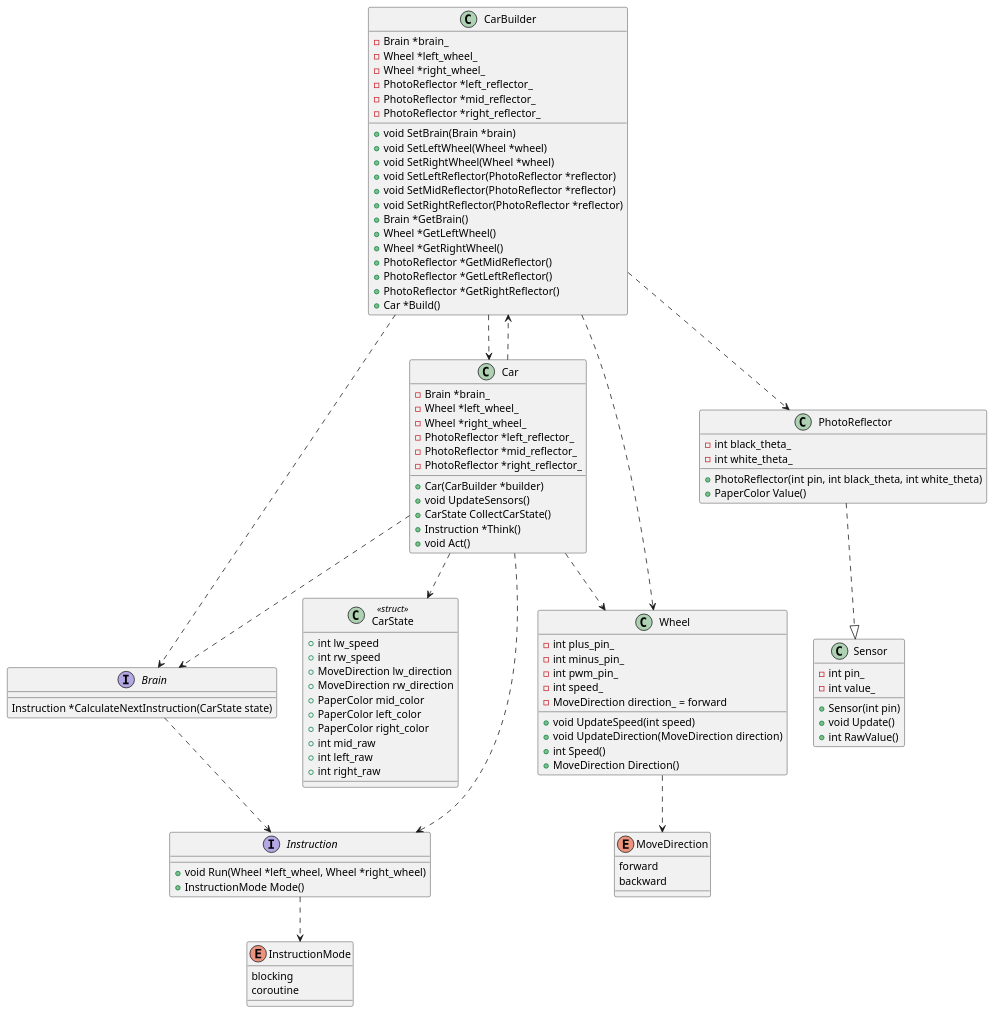
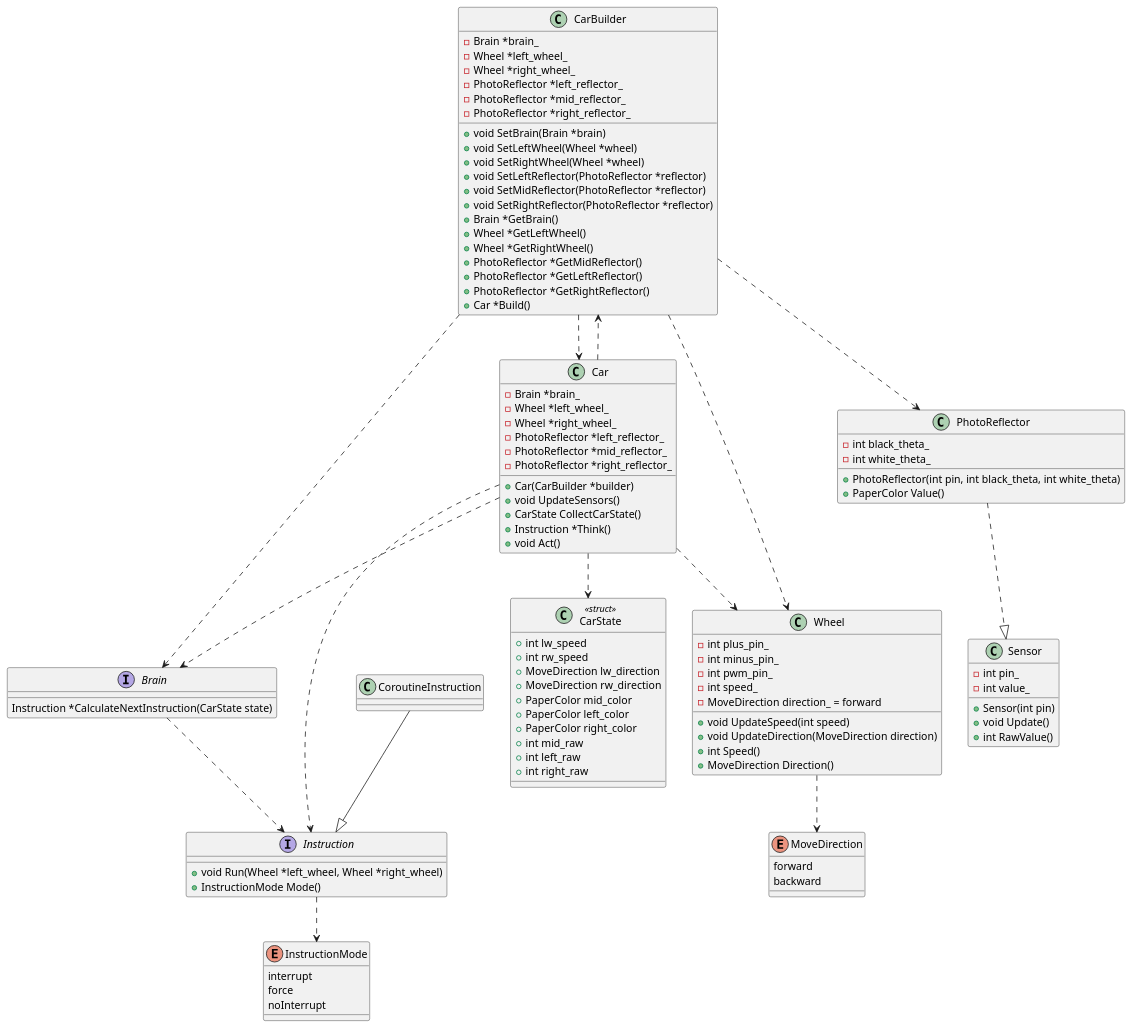
Before and after one commit to kitakkun/ArduinoCar: the diagram in uml/car_control.puml, drawn with PlantUML.

```diff
--- a/uml/car_control.puml
+++ b/uml/car_control.puml
@@ -1,119 +1,125 @@
 @startuml
 'https://plantuml.com/class-diagram
 
 class CarBuilder {
 + void SetBrain(Brain *brain)
 + void SetLeftWheel(Wheel *wheel)
 + void SetRightWheel(Wheel *wheel)
 + void SetLeftReflector(PhotoReflector *reflector)
 + void SetMidReflector(PhotoReflector *reflector)
 + void SetRightReflector(PhotoReflector *reflector)
 + Brain *GetBrain()
 + Wheel *GetLeftWheel()
 + Wheel *GetRightWheel()
 + PhotoReflector *GetMidReflector()
 + PhotoReflector *GetLeftReflector()
 + PhotoReflector *GetRightReflector()
 + Car *Build()
 - Brain *brain_
 - Wheel *left_wheel_
 - Wheel *right_wheel_
 - PhotoReflector *left_reflector_
 - PhotoReflector *mid_reflector_
 - PhotoReflector *right_reflector_
 }
 
 CarBuilder ..> Car
 CarBuilder ..> PhotoReflector
 CarBuilder ..> Brain
 CarBuilder ..> Wheel
 Car ..> CarBuilder
 
 class Car {
 - Brain *brain_
 - Wheel *left_wheel_
 - Wheel *right_wheel_
 - PhotoReflector *left_reflector_
 - PhotoReflector *mid_reflector_
 - PhotoReflector *right_reflector_
 + Car(CarBuilder *builder)
 + void UpdateSensors()
 + CarState CollectCarState()
 + Instruction *Think()
 + void Act()
 }
 
 class CarState <<struct>>  {
 + int lw_speed
 + int rw_speed
 + MoveDirection lw_direction
 + MoveDirection rw_direction
 + PaperColor mid_color
 + PaperColor left_color
 + PaperColor right_color
 + int mid_raw
 + int left_raw
 + int right_raw
 }
 
 Car ..> CarState
 Car ..> Brain
 Car ..> Wheel
 
 interface Brain {
 Instruction *CalculateNextInstruction(CarState state)
 }
 
 Brain ..> Instruction
 Car ..> Instruction
 
 interface Instruction {
 + void Run(Wheel *left_wheel, Wheel *right_wheel)
 + InstructionMode Mode()
 }
 
 Instruction ..> InstructionMode
 
 enum InstructionMode {
-    blocking
-    coroutine
+    interrupt
+    force
+    noInterrupt
 }
+
+class CoroutineInstruction {
+}
+
+CoroutineInstruction --|> Instruction
 
 class Wheel {
 - int plus_pin_
 - int minus_pin_
 - int pwm_pin_
 - int speed_
 - MoveDirection direction_ = forward
 + void UpdateSpeed(int speed)
 + void UpdateDirection(MoveDirection direction)
 + int Speed()
 + MoveDirection Direction()
 }
 
 Wheel ..> MoveDirection
 
 enum MoveDirection {
     forward
     backward
 }
 
 class Sensor {
 - int pin_
 - int value_
 + Sensor(int pin)
 + void Update()
 + int RawValue()
 }
 
 class PhotoReflector {
 - int black_theta_
 - int white_theta_
 + PhotoReflector(int pin, int black_theta, int white_theta)
 + PaperColor Value()
 }
 
 
 PhotoReflector ..|> Sensor
 
 @enduml
```
